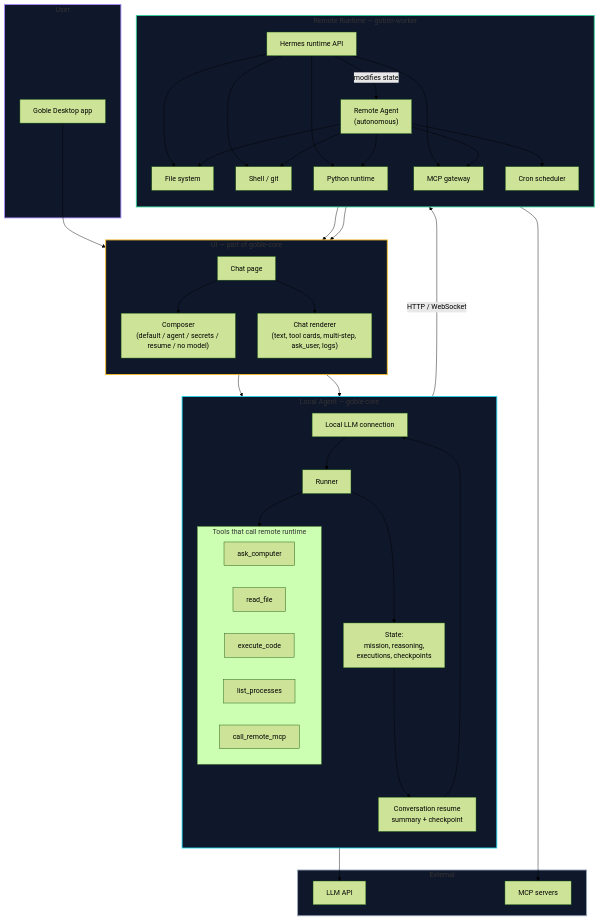
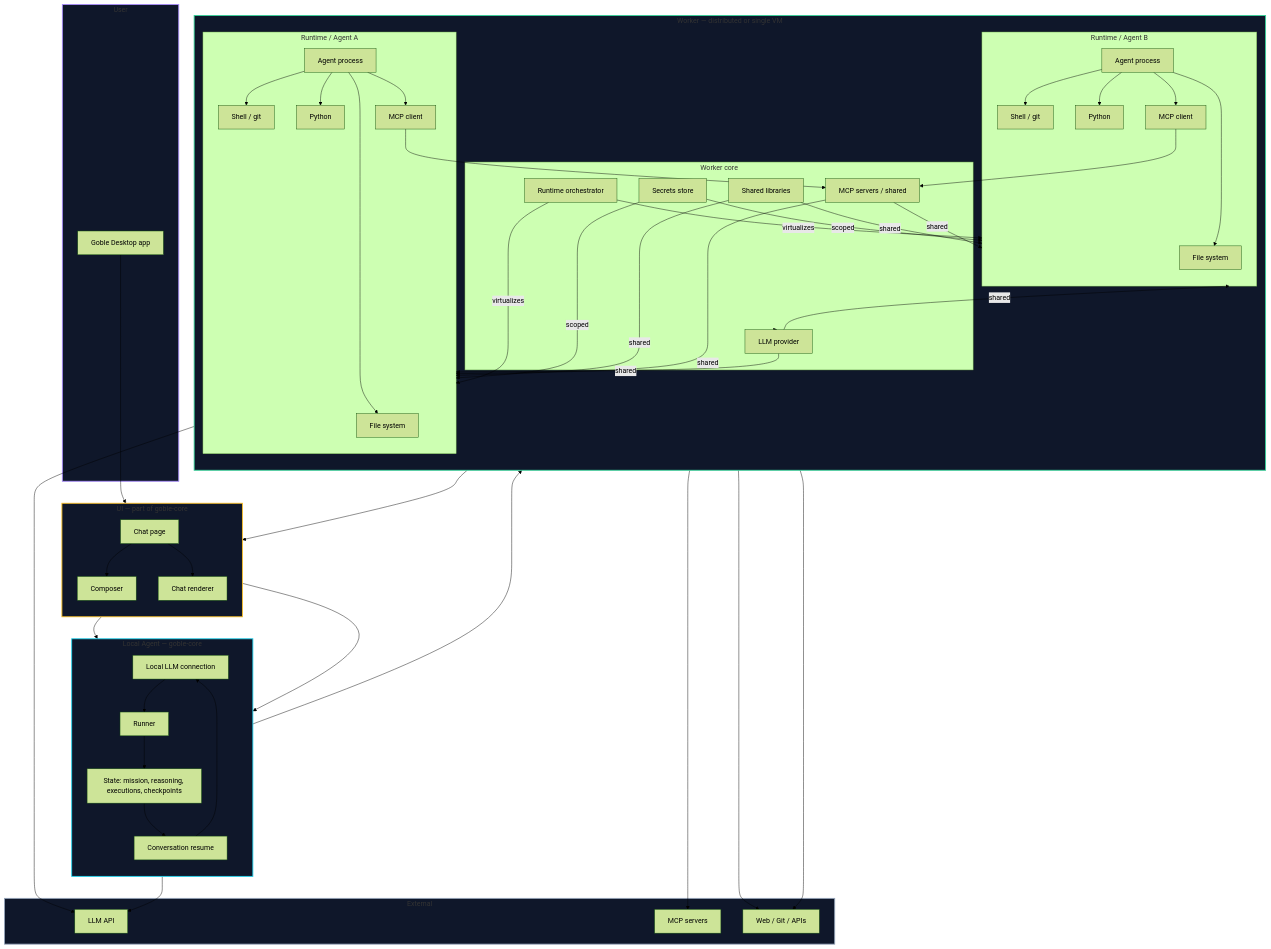
One commit to AdrianTuci1/goble changed the first of 5 diagrams in docs/local-remote-agent-graph.md. Above: the diagram before and after it, drawn with Mermaid (forest theme). The commit also changed other lines of this file, not shown here.

Commit message:
docs: worker as runtime virtualization layer with shared LLM, MCPs, secrets, principal identity inheritance

```diff
--- a/docs/local-remote-agent-graph.md
+++ b/docs/local-remote-agent-graph.md
@@ -9,41 +9,61 @@
     subgraph UI["UI — part of goble-core"]
         direction TB
         PAGE["Chat page"]
-        COMPOSER["Composer\n(default / agent / secrets / resume / no model)"]
-        RENDERER["Chat renderer\n(text, tool cards, multi-step, ask_user, logs)"]
+        COMPOSER["Composer"]
+        RENDERER["Chat renderer"]
     end
 
     subgraph LOCAL["Local Agent — goble-core"]
         direction TB
         LLM["Local LLM connection"]
         RUNNER["Runner"]
+        STATE["State: mission, reasoning, executions, checkpoints"]
+        RESUME["Conversation resume"]
+    end
 
-        subgraph LOCAL_TOOLS["Tools that call remote runtime"]
-            T1["ask_computer"]
-            T2["read_file"]
-            T3["execute_code"]
-            T4["list_processes"]
-            T5["call_remote_mcp"]
+    subgraph WORKER["Worker — distributed or single VM"]
+        direction TB
+
+        subgraph WORKER_CORE["Worker core"]
+            W_SECRETS["Secrets store"]
+            W_LIBS["Shared libraries"]
+            W_MCP_S["MCP servers / shared"]
+            W_LLM["LLM provider"]
+            W_ORCHESTRATOR["Runtime orchestrator"]
         end
 
-        STATE["State:\nmission, reasoning,\nexecutions, checkpoints"]
-        RESUME["Conversation resume\nsummary + checkpoint"]
-    end
+        subgraph RUNTIME_A["Runtime / Agent A"]
+            RA_FS["File system"]
+            RA_SHELL["Shell / git"]
+            RA_PY["Python"]
+            RA_MCP["MCP client"]
+            RA_AGENT["Agent process"]
+        end
 
-    subgraph REMOTE["Remote Runtime — goblin-worker"]
-        direction TB
-        RA["Remote Agent\n(autonomous)"]
-        R_FS["File system"]
-        R_SHELL["Shell / git"]
-        R_PY["Python runtime"]
-        R_MCP["MCP gateway"]
-        R_CRON["Cron scheduler"]
-        R_HTTP["Hermes runtime API"]
+        subgraph RUNTIME_B["Runtime / Agent B"]
+            RB_FS["File system"]
+            RB_SHELL["Shell / git"]
+            RB_PY["Python"]
+            RB_MCP["MCP client"]
+            RB_AGENT["Agent process"]
+        end
+
+        W_ORCHESTRATOR --"virtualizes"--> RUNTIME_A
+        W_ORCHESTRATOR --"virtualizes"--> RUNTIME_B
+        W_SECRETS --"scoped"--> RUNTIME_A
+        W_SECRETS --"scoped"--> RUNTIME_B
+        W_LIBS --"shared"--> RUNTIME_A
+        W_LIBS --"shared"--> RUNTIME_B
+        W_MCP_S --"shared"--> RUNTIME_A
+        W_MCP_S --"shared"--> RUNTIME_B
+        W_LLM --"shared"--> RUNTIME_A
+        W_LLM --"shared"--> RUNTIME_B
     end
 
     subgraph EXTERNAL["External"]
         LLM_API["LLM API"]
         MCP_S["MCP servers"]
+        WEB["Web / Git / APIs"]
     end
 
     U --> PAGE
@@ -52,35 +72,36 @@
     COMPOSER --> LLM
     RENDERER --> LLM
 
+    LLM --> LLM_API
     LLM --> RUNNER
-    RUNNER --> LOCAL_TOOLS
-    LOCAL_TOOLS --"HTTP / WebSocket"--> R_HTTP
-
-    LLM --> LLM_API
-
-    R_HTTP --> R_FS
-    R_HTTP --> R_SHELL
-    R_HTTP --> R_PY
-    R_HTTP --> R_MCP
-    R_HTTP --"modifies state"--> RA
-
-    RA --> R_FS
-    RA --> R_SHELL
-    RA --> R_PY
-    RA --> R_MCP
-    RA --> R_CRON
-
-    R_MCP --> MCP_S
-
-    R_HTTP --> RENDERER
-    RA --> RENDERER
-
+    RUNNER --> WORKER
     RUNNER --> STATE
     STATE --> RESUME
     RESUME --> LLM
 
+    WORKER --> W_LLM
+    W_LLM --> LLM_API
+    W_MCP_S --> MCP_S
+
+    RA_AGENT --> RA_FS
+    RA_AGENT --> RA_SHELL
+    RA_AGENT --> RA_PY
+    RA_AGENT --> RA_MCP
+    RA_MCP --> W_MCP_S
+
+    RB_AGENT --> RB_FS
+    RB_AGENT --> RB_SHELL
+    RB_AGENT --> RB_PY
+    RB_AGENT --> RB_MCP
+    RB_MCP --> W_MCP_S
+
+    RA_SHELL --> WEB
+    RB_SHELL --> WEB
+
+    WORKER --> RENDERER
+
     style LOCAL fill:#0f172a,stroke:#22d3ee,stroke-width:2px
-    style REMOTE fill:#0f172a,stroke:#34d399,stroke-width:2px
+    style WORKER fill:#0f172a,stroke:#34d399,stroke-width:2px
     style USER fill:#0f172a,stroke:#a78bfa,stroke-width:2px
     style UI fill:#0f172a,stroke:#fbbf24,stroke-width:2px
     style EXTERNAL fill:#0f172a,stroke:#94a3b8,stroke-width:2px
```
